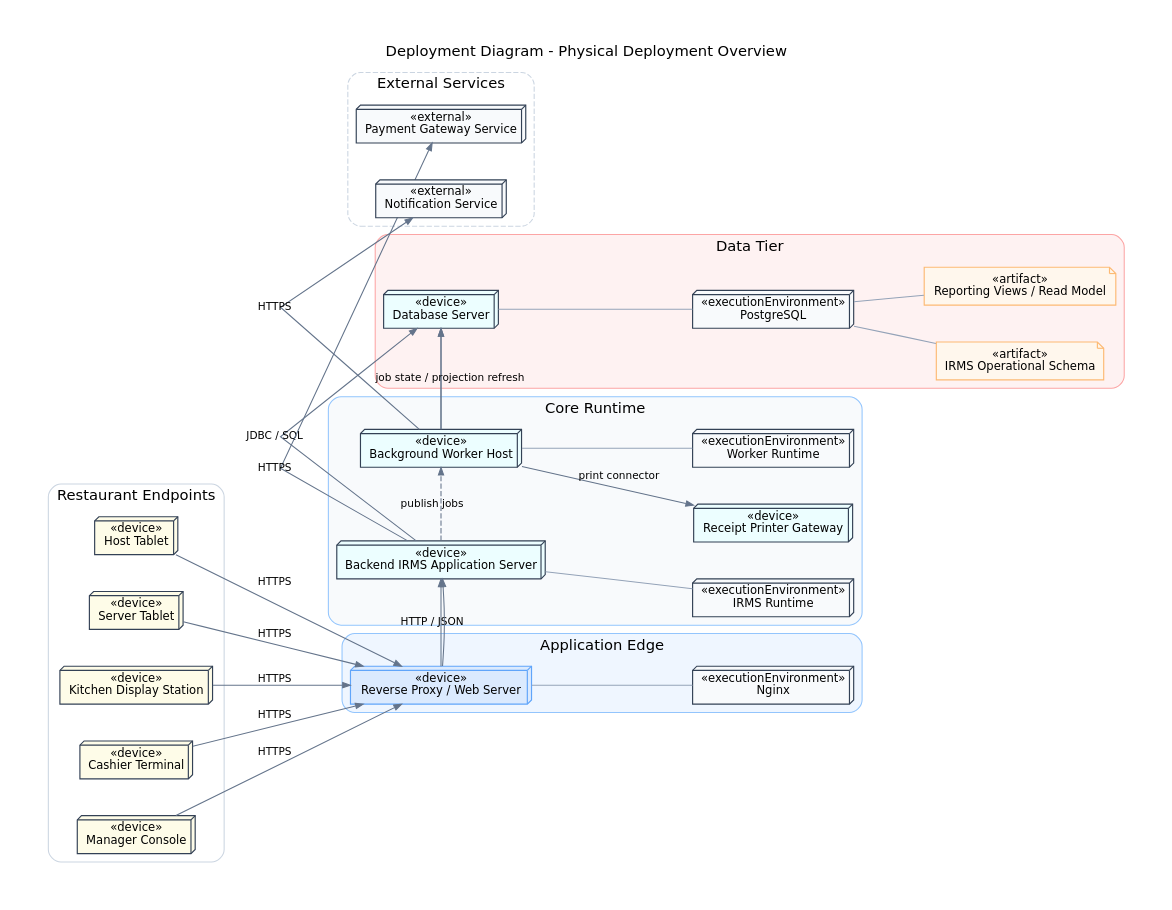
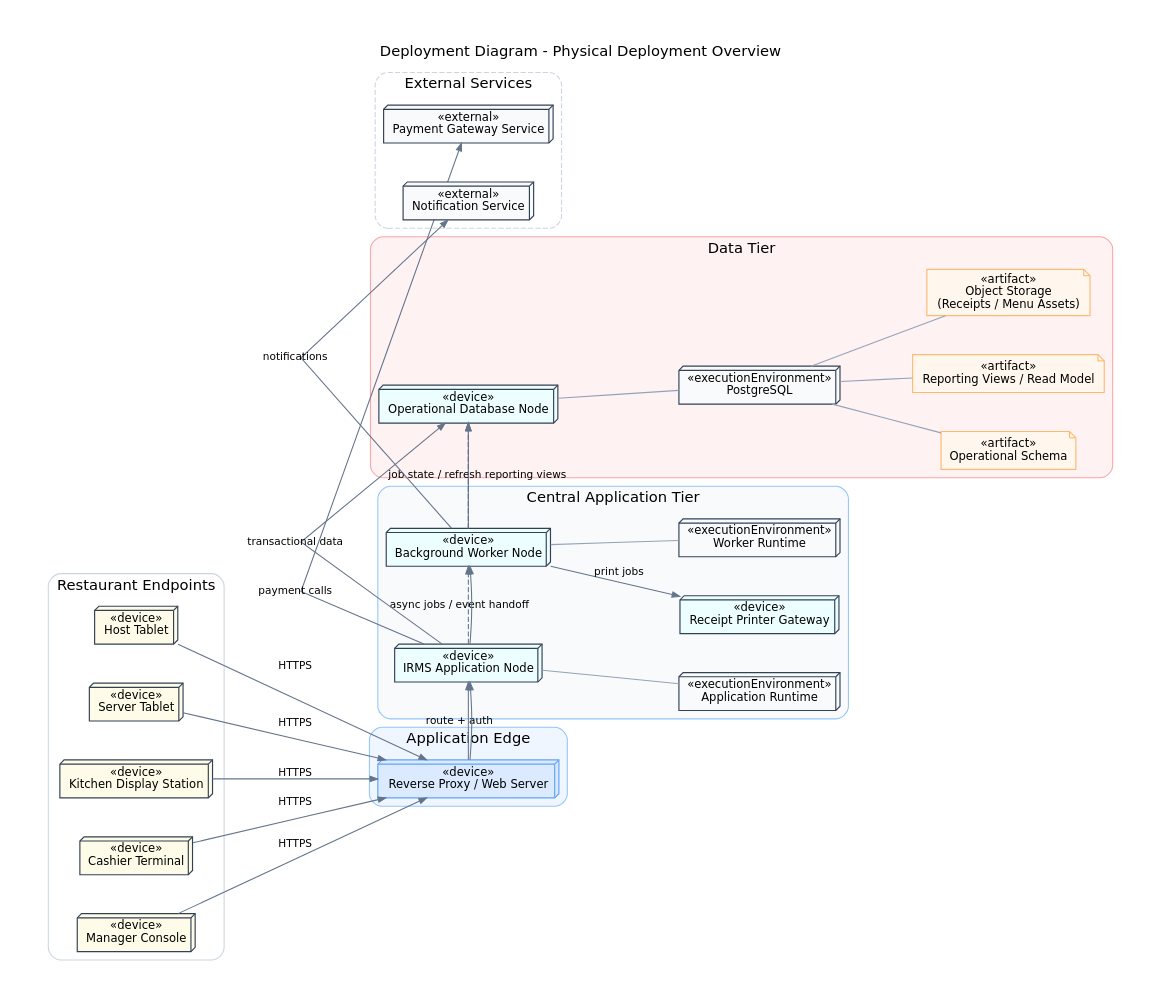
One commit to lehoangluan1/SA_IRMS changed the diagram in assets/diagrams/source/architecture/15_deployment_diagram_physical_deployment_overview.dot. Above: the diagram before and after it, drawn with Graphviz. The commit also changed 106 other files, not shown here.

```diff
--- a/assets/diagrams/source/architecture/15_deployment_diagram_physical_deployment_overview.dot
+++ b/assets/diagrams/source/architecture/15_deployment_diagram_physical_deployment_overview.dot
@@ -5,31 +5,64 @@
     newrank=true,
     bgcolor="white",
     pad=0.42,
-    nodesep=0.48,
-    ranksep=0.9,
+    nodesep=0.52,
+    ranksep=0.95,
     splines=line,
     fontname="DejaVu Sans",
     labelloc="t",
     label="Deployment Diagram - Physical Deployment Overview"
   ];
 
-  node [fontname="DejaVu Sans", fontsize=11, color="#334155", penwidth=1.1, style="filled"];
-  edge [fontname="DejaVu Sans", fontsize=10, color="#64748B", penwidth=1.0, arrowsize=0.72];
+  node [
+    fontname="DejaVu Sans",
+    fontsize=11,
+    color="#334155",
+    penwidth=1.1,
+    style="filled"
+  ];
+
+  edge [
+    fontname="DejaVu Sans",
+    fontsize=10,
+    color="#64748B",
+    penwidth=1.0,
+    arrowsize=0.72
+  ];
 
   subgraph cluster_clients {
     label="Restaurant Endpoints";
     color="#CBD5E1";
     style="rounded";
-    host   [shape=box3d, fillcolor="#FEFCE8", label="«device»
-Host Tablet"];
-    server [shape=box3d, fillcolor="#FEFCE8", label="«device»
-Server Tablet"];
-    kitchen[label="«device»
-Kitchen Display Station", shape=box3d, fillcolor="#FEFCE8"];
-    cashier[label="«device»
-Cashier Terminal", shape=box3d, fillcolor="#FEFCE8"];
-    manager[label="«device»
-Manager Console", shape=box3d, fillcolor="#FEFCE8"];
+
+    host [
+      shape=box3d,
+      fillcolor="#FEFCE8",
+      label="«device»\nHost Tablet"
+    ];
+
+    server [
+      shape=box3d,
+      fillcolor="#FEFCE8",
+      label="«device»\nServer Tablet"
+    ];
+
+    kitchen [
+      shape=box3d,
+      fillcolor="#FEFCE8",
+      label="«device»\nKitchen Display Station"
+    ];
+
+    cashier [
+      shape=box3d,
+      fillcolor="#FEFCE8",
+      label="«device»\nCashier Terminal"
+    ];
+
+    manager [
+      shape=box3d,
+      fillcolor="#FEFCE8",
+      label="«device»\nManager Console"
+    ];
   }
 
   subgraph cluster_edge {
@@ -37,29 +70,50 @@
     color="#93C5FD";
     style="rounded,filled";
     fillcolor="#EFF6FF";
-    proxy [shape=box3d, fillcolor="#DBEAFE", color="#60A5FA", label="«device»
-Reverse Proxy / Web Server"];
-    nginx [shape=box3d, fillcolor="#F8FAFC", label="«executionEnvironment»
-Nginx"];
-    proxy -> nginx [arrowhead=none, color="#94A3B8"];
+
+    proxy [
+      shape=box3d,
+      fillcolor="#DBEAFE",
+      color="#60A5FA",
+      label="«device»\nReverse Proxy / Web Server"
+    ];
   }
 
   subgraph cluster_core {
-    label="Core Runtime";
+    label="Central Application Tier";
     color="#93C5FD";
     style="rounded,filled";
     fillcolor="#F8FAFC";
 
-    apphost [shape=box3d, fillcolor="#ECFEFF", label="«device»
-Backend IRMS Application Server"];
-    apprt   [shape=box3d, fillcolor="#F8FAFC", label="«executionEnvironment»
-IRMS Runtime"];
-    workerh [shape=box3d, fillcolor="#ECFEFF", label="«device»
-Background Worker Host"];
-    workrt  [shape=box3d, fillcolor="#F8FAFC", label="«executionEnvironment»
-Worker Runtime"];
-    printer [shape=box3d, fillcolor="#ECFEFF", label="«device»
-Receipt Printer Gateway"];
+    apphost [
+      shape=box3d,
+      fillcolor="#ECFEFF",
+      label="«device»\nIRMS Application Node"
+    ];
+
+    apprt [
+      shape=box3d,
+      fillcolor="#F8FAFC",
+      label="«executionEnvironment»\nApplication Runtime"
+    ];
+
+    workerh [
+      shape=box3d,
+      fillcolor="#ECFEFF",
+      label="«device»\nBackground Worker Node"
+    ];
+
+    workrt [
+      shape=box3d,
+      fillcolor="#F8FAFC",
+      label="«executionEnvironment»\nWorker Runtime"
+    ];
+
+    printer [
+      shape=box3d,
+      fillcolor="#ECFEFF",
+      label="«device»\nReceipt Printer Gateway"
+    ];
 
     apphost -> apprt [arrowhead=none, color="#94A3B8"];
     workerh -> workrt [arrowhead=none, color="#94A3B8"];
@@ -70,48 +124,82 @@
     color="#FCA5A5";
     style="rounded,filled";
     fillcolor="#FEF2F2";
-    dbhost [shape=box3d, fillcolor="#ECFEFF", label="«device»
-Database Server"];
-    pg     [shape=box3d, fillcolor="#F8FAFC", label="«executionEnvironment»
-PostgreSQL"];
-    opdb   [shape=note, fillcolor="#FFF7ED", color="#FDBA74", label="«artifact»
-IRMS Operational Schema"];
-    readm  [shape=note, fillcolor="#FFF7ED", color="#FDBA74", label="«artifact»
-Reporting Views / Read Model"];
+
+    dbhost [
+      shape=box3d,
+      fillcolor="#ECFEFF",
+      label="«device»\nOperational Database Node"
+    ];
+
+    pg [
+      shape=box3d,
+      fillcolor="#F8FAFC",
+      label="«executionEnvironment»\nPostgreSQL"
+    ];
+
+    opdb [
+      shape=note,
+      fillcolor="#FFF7ED",
+      color="#FDBA74",
+      label="«artifact»\nOperational Schema"
+    ];
+
+    readm [
+      shape=note,
+      fillcolor="#FFF7ED",
+      color="#FDBA74",
+      label="«artifact»\nReporting Views / Read Model"
+    ];
+
+    objstore [
+      shape=note,
+      fillcolor="#FFF7ED",
+      color="#FDBA74",
+      label="«artifact»\nObject Storage\n(Receipts / Menu Assets)"
+    ];
+
     dbhost -> pg [arrowhead=none, color="#94A3B8"];
     pg -> opdb [arrowhead=none, color="#94A3B8"];
     pg -> readm [arrowhead=none, color="#94A3B8"];
+    pg -> objstore [arrowhead=none, color="#94A3B8"];
   }
 
   subgraph cluster_external {
     label="External Services";
     color="#CBD5E1";
     style="rounded,dashed";
-    payment [shape=box3d, fillcolor="#F8FAFC", label="«external»
-Payment Gateway Service"];
-    notify  [shape=box3d, fillcolor="#F8FAFC", label="«external»
-Notification Service"];
+
+    payment [
+      shape=box3d,
+      fillcolor="#F8FAFC",
+      label="«external»\nPayment Gateway Service"
+    ];
+
+    notify [
+      shape=box3d,
+      fillcolor="#F8FAFC",
+      label="«external»\nNotification Service"
+    ];
   }
 
   { rank=same; host; server; kitchen; cashier; manager; }
   { rank=same; proxy; apphost; workerh; dbhost; payment; notify; }
 
-  host -> proxy    [label="HTTPS"];
-  server -> proxy  [label="HTTPS"];
+  host    -> proxy [label="HTTPS"];
+  server  -> proxy [label="HTTPS"];
   kitchen -> proxy [label="HTTPS"];
   cashier -> proxy [label="HTTPS"];
   manager -> proxy [label="HTTPS"];
 
-  proxy   -> apphost [label="HTTP / JSON"];
-  apphost -> dbhost  [label="JDBC / SQL"];
-  apphost -> workerh [label="publish jobs", style=dashed];
-  workerh -> dbhost  [label="job state / projection refresh"];
-  apphost -> payment [label="HTTPS"];
-  workerh -> notify  [label="HTTPS"];
-  workerh -> printer [label="print connector"];
+  proxy   -> apphost [label="route + auth"];
+  apphost -> dbhost  [label="transactional data"];
+  apphost -> workerh [label="async jobs / event handoff", style=dashed];
+  workerh -> dbhost  [label="job state / refresh reporting views", style=dashed];
+  apphost -> payment [label="payment calls"];
+  workerh -> notify  [label="notifications"];
+  workerh -> printer [label="print jobs"];
 
-  proxy -> apphost [weight=8];
-  apphost -> workerh [weight=8, style=invis];
-  workerh -> dbhost [weight=8, style=invis];
-  dbhost -> payment [weight=8, style=invis];
+  proxy  -> apphost [weight=8];
+  apphost -> workerh [weight=6];
+  workerh -> dbhost [weight=6];
 }
```
